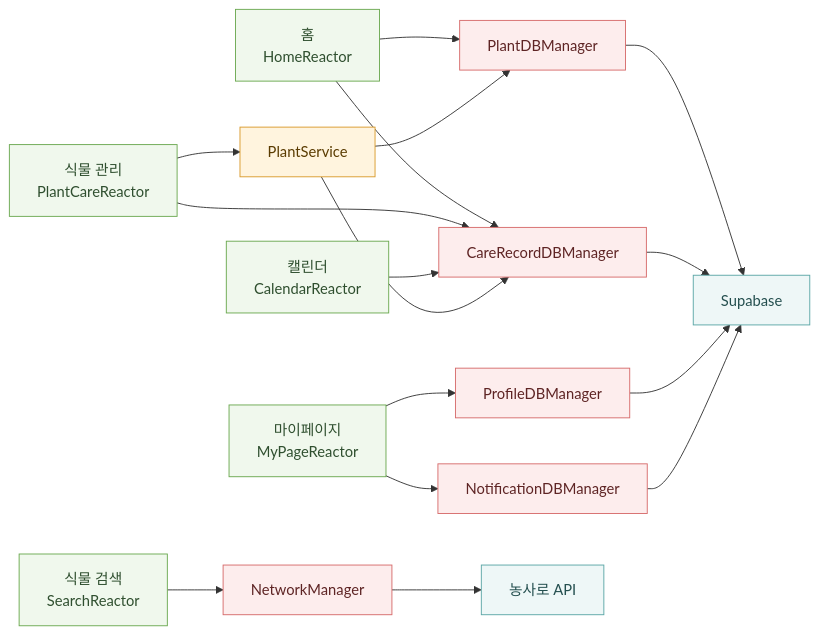
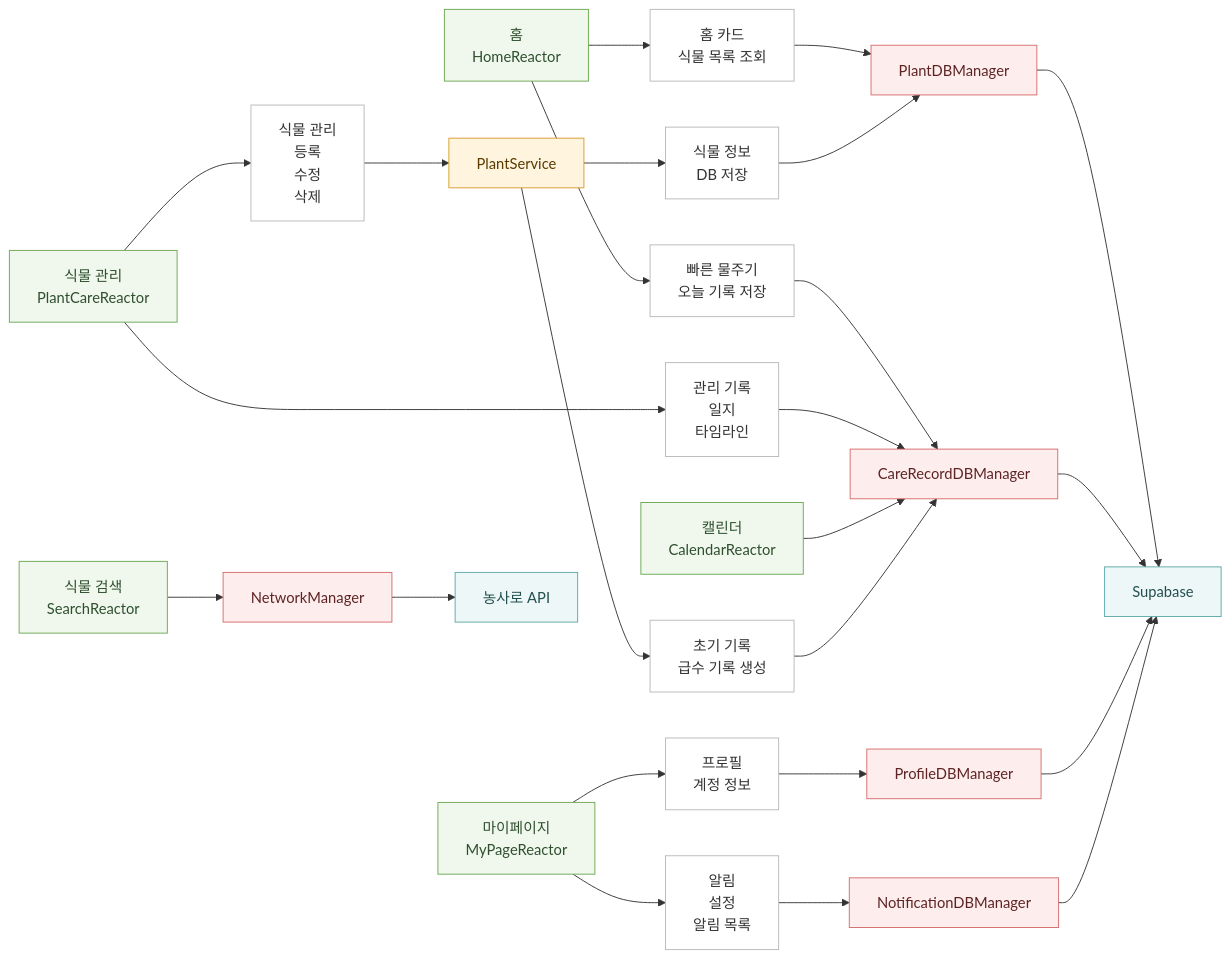
Before and after one commit to Jooslin/LeafLog: the second of 2 diagrams in README.md, drawn with Mermaid. The commit also changed other lines of this file, not shown here.

Commit message:
📝docs: 리드미 다이어그램 수정

````diff
--- a/README.md
+++ b/README.md
@@ -114,47 +120,69 @@
 ```mermaid
 flowchart LR
     Home["홈<br/>HomeReactor"]
     Care["식물 관리<br/>PlantCareReactor"]
     Calendar["캘린더<br/>CalendarReactor"]
     Search["식물 검색<br/>SearchReactor"]
     MyPage["마이페이지<br/>MyPageReactor"]
+
+    HomePlants["홈 카드<br/>식물 목록 조회"]
+    QuickWater["빠른 물주기<br/>오늘 기록 저장"]
+    PlantManage["식물 관리<br/>등록<br/>수정<br/>삭제"]
+    CareLog["관리 기록<br/>일지<br/>타임라인"]
+    ProfileInfo["프로필<br/>계정 정보"]
+    NotificationInfo["알림<br/>설정<br/>알림 목록"]
+    PlantInfo["식물 정보<br/>DB 저장"]
+    InitialRecord["초기 기록<br/>급수 기록 생성"]
 
     PlantService["PlantService"]
     PlantDB["PlantDBManager"]
     CareRecordDB["CareRecordDBManager"]
     ProfileDB["ProfileDBManager"]
     NotificationDB["NotificationDBManager"]
     NetworkManager["NetworkManager"]
 
     Supabase["Supabase"]
     FarmAPI["농사로 API"]
 
-    Home --> PlantDB
-    Home --> CareRecordDB
-    Care --> PlantService
-    Care --> CareRecordDB
+    Home --> HomePlants
+    Home --> QuickWater
+    HomePlants --> PlantDB
+    QuickWater --> CareRecordDB
+
+    Care --> PlantManage
+    Care --> CareLog
+    PlantManage --> PlantService
+    CareLog --> CareRecordDB
+
     Calendar --> CareRecordDB
     Search --> NetworkManager
-    MyPage --> ProfileDB
-    MyPage --> NotificationDB
 
-    PlantService --> PlantDB
-    PlantService --> CareRecordDB
+    MyPage --> ProfileInfo
+    MyPage --> NotificationInfo
+    ProfileInfo --> ProfileDB
+    NotificationInfo --> NotificationDB
+
+    PlantService --> PlantInfo
+    PlantService --> InitialRecord
+    PlantInfo --> PlantDB
+    InitialRecord --> CareRecordDB
 
     PlantDB --> Supabase
     CareRecordDB --> Supabase
     ProfileDB --> Supabase
     NotificationDB --> Supabase
     NetworkManager --> FarmAPI
 
     classDef screen fill:#F0F8ED,stroke:#6AA84F,color:#2F4F2F
+    classDef branch fill:#FFFFFF,stroke:#B8B8B8,color:#333333
     classDef logic fill:#FFF4DE,stroke:#D99A2B,color:#5A3B00
     classDef data fill:#FDEDED,stroke:#D66A6A,color:#5E2424
     classDef external fill:#EEF7F7,stroke:#5BA6A6,color:#244F4F
 
     class Home,Care,Calendar,Search,MyPage screen
+    class HomePlants,QuickWater,PlantManage,CareLog,ProfileInfo,NotificationInfo,PlantInfo,InitialRecord branch
     class PlantService logic
     class PlantDB,CareRecordDB,ProfileDB,NotificationDB,NetworkManager data
     class Supabase,FarmAPI external
 
 ```
````
